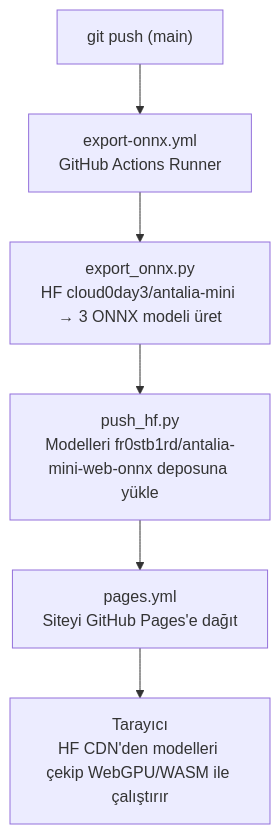
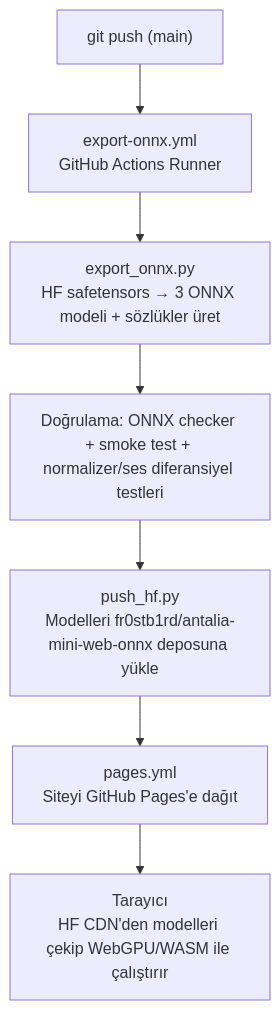
Before and after one commit to fr0stb1rd/antalia-mini-web: the second of 2 diagrams in README.tr.md, drawn with Mermaid. The commit also changed other lines of this file and 2 other files, not shown here.

````diff
--- a/README.tr.md
+++ b/README.tr.md
@@ -43,8 +48,9 @@
 ```mermaid
 flowchart TD
     A["git push (main)"] --> B["export-onnx.yml\nGitHub Actions Runner"]
-    B --> C["export_onnx.py\nHF cloud0day3/antalia-mini → 3 ONNX modeli üret"]
-    C --> D["push_hf.py\nModelleri fr0stb1rd/antalia-mini-web-onnx deposuna yükle"]
-    D --> E["pages.yml\nSiteyi GitHub Pages'e dağıt"]
-    E --> F["Tarayıcı\nHF CDN'den modelleri çekip WebGPU/WASM ile çalıştırır"]
+    B --> C["export_onnx.py\nHF safetensors → 3 ONNX modeli + sözlükler üret"]
+    C --> D["Doğrulama: ONNX checker + smoke test + normalizer/ses diferansiyel testleri"]
+    D --> E["push_hf.py\nModelleri fr0stb1rd/antalia-mini-web-onnx deposuna yükle"]
+    E --> F["pages.yml\nSiteyi GitHub Pages'e dağıt"]
+    F --> G["Tarayıcı\nHF CDN'den modelleri çekip WebGPU/WASM ile çalıştırır"]
 ```
````
